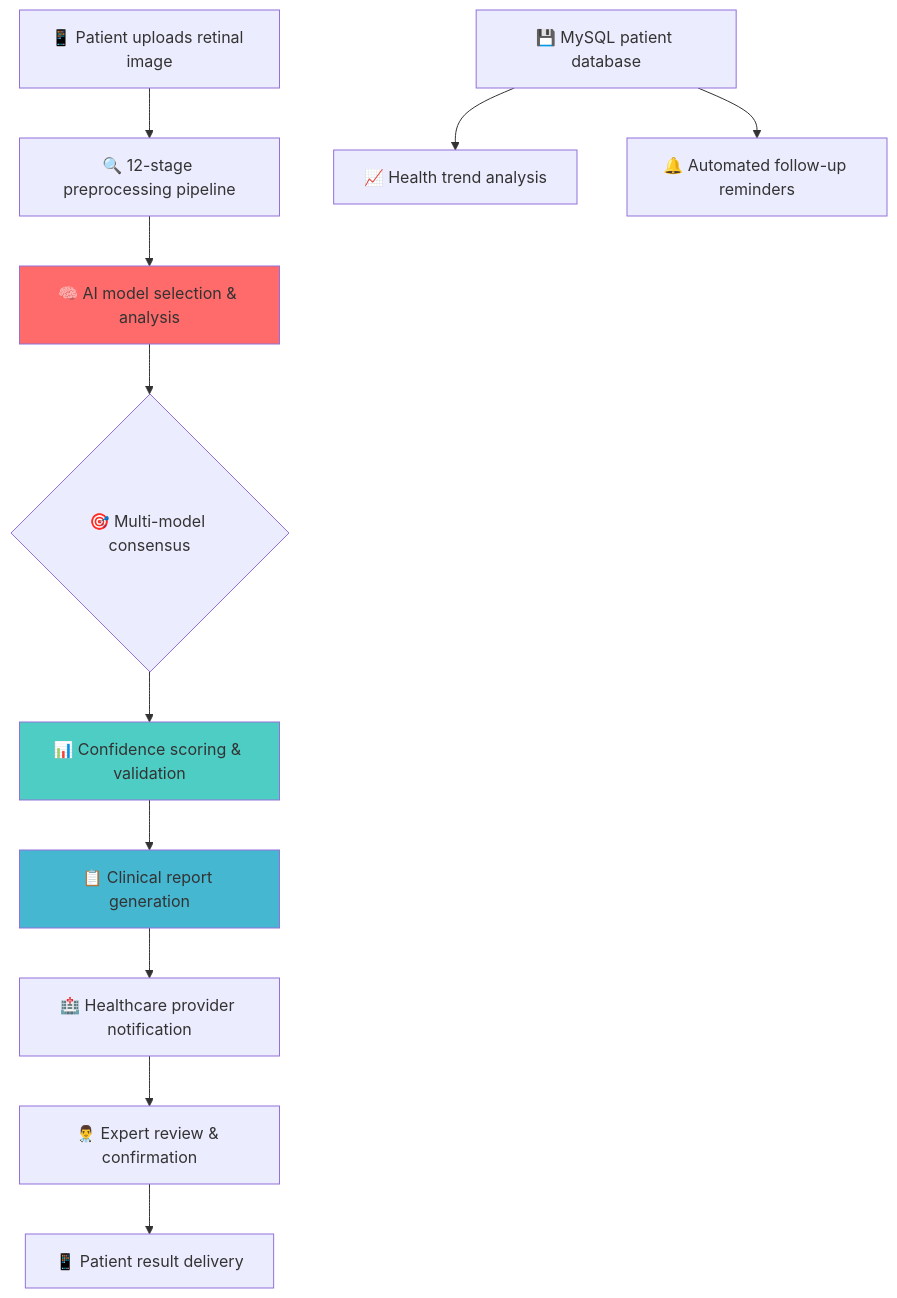
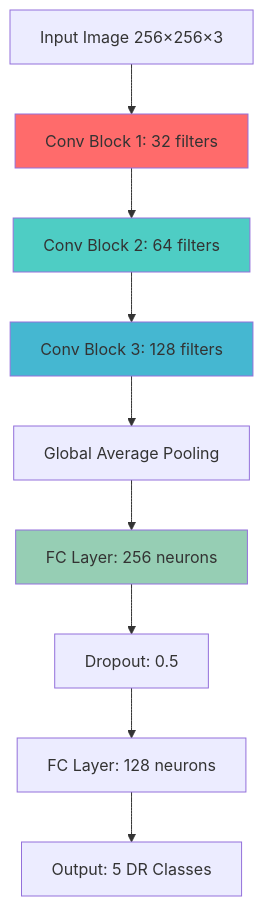
One commit to yousef-elgarch1/DibateCare-RetinalDetection changed the diagram in README.md. Above: the diagram before and after it, drawn with Mermaid. The commit also changed other lines of this file, not shown here.

````diff
--- a/README.md
+++ b/README.md
@@ -171,18 +108,16 @@
 ```mermaid
-flowchart TD
-    A[📱 Patient uploads retinal image] --> B[🔍 12-stage preprocessing pipeline]
-    B --> C[🧠 AI model selection & analysis]
-    C --> D{🎯 Multi-model consensus}
-    D --> E[📊 Confidence scoring & validation]
-    E --> F[📋 Clinical report generation]
-    F --> G[🏥 Healthcare provider notification]
-    G --> H[👨‍⚕️ Expert review & confirmation]
-    H --> I[📱 Patient result delivery]
+graph TD
+    A[Input Image 256×256×3] --> B[Conv Block 1: 32 filters]
+    B --> C[Conv Block 2: 64 filters]
+    C --> D[Conv Block 3: 128 filters]
+    D --> E[Global Average Pooling]
+    E --> F[FC Layer: 256 neurons]
+    F --> G[Dropout: 0.5]
+    G --> H[FC Layer: 128 neurons]
+    H --> I[Output: 5 DR Classes]
     
-    J[💾 MySQL patient database] --> K[📈 Health trend analysis]
-    J --> L[🔔 Automated follow-up reminders]
-    
-    style C fill:#ff6b6b
-    style E fill:#4ecdc4
-    style F fill:#45b7d1
+    style B fill:#ff6b6b
+    style C fill:#4ecdc4
+    style D fill:#45b7d1
+    style F fill:#96ceb4
 ```
````
